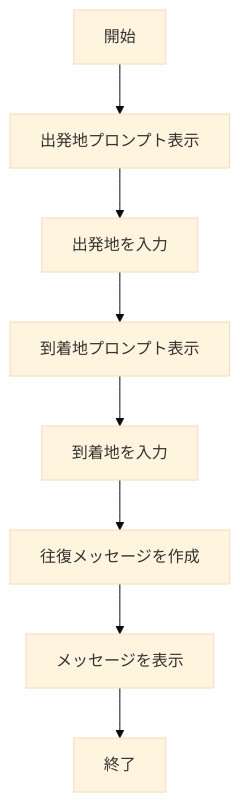
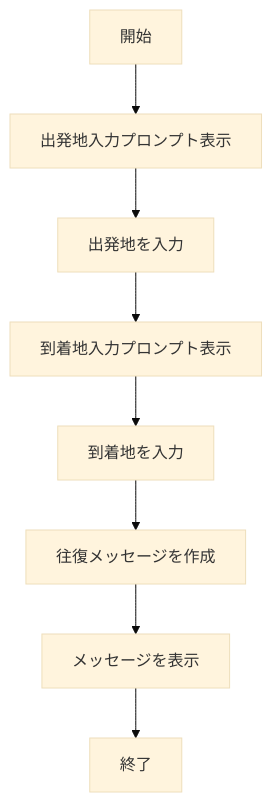
The second of 2 diagrams in chapter02/RouteInputPrinter-README.md (kanjiz/java-training-design-docs), drawn with Mermaid (base theme) before and after one commit. The commit also changed other lines of this file and 3 other files, not shown here.

````diff
--- a/chapter02/RouteInputPrinter-README.md
+++ b/chapter02/RouteInputPrinter-README.md
@@ -52,10 +42,10 @@
 ```mermaid
 flowchart TD
-    A[開始] --> B[出発地プロンプト表示]
+    A[開始] --> B[出発地入力プロンプト表示]
     B --> C[出発地を入力]
-    C --> D[到着地プロンプト表示]
+    C --> D[到着地入力プロンプト表示]
     D --> E[到着地を入力]
     E --> F[往復メッセージを作成]
     F --> G[メッセージを表示]
     G --> H[終了]
 ```
````
